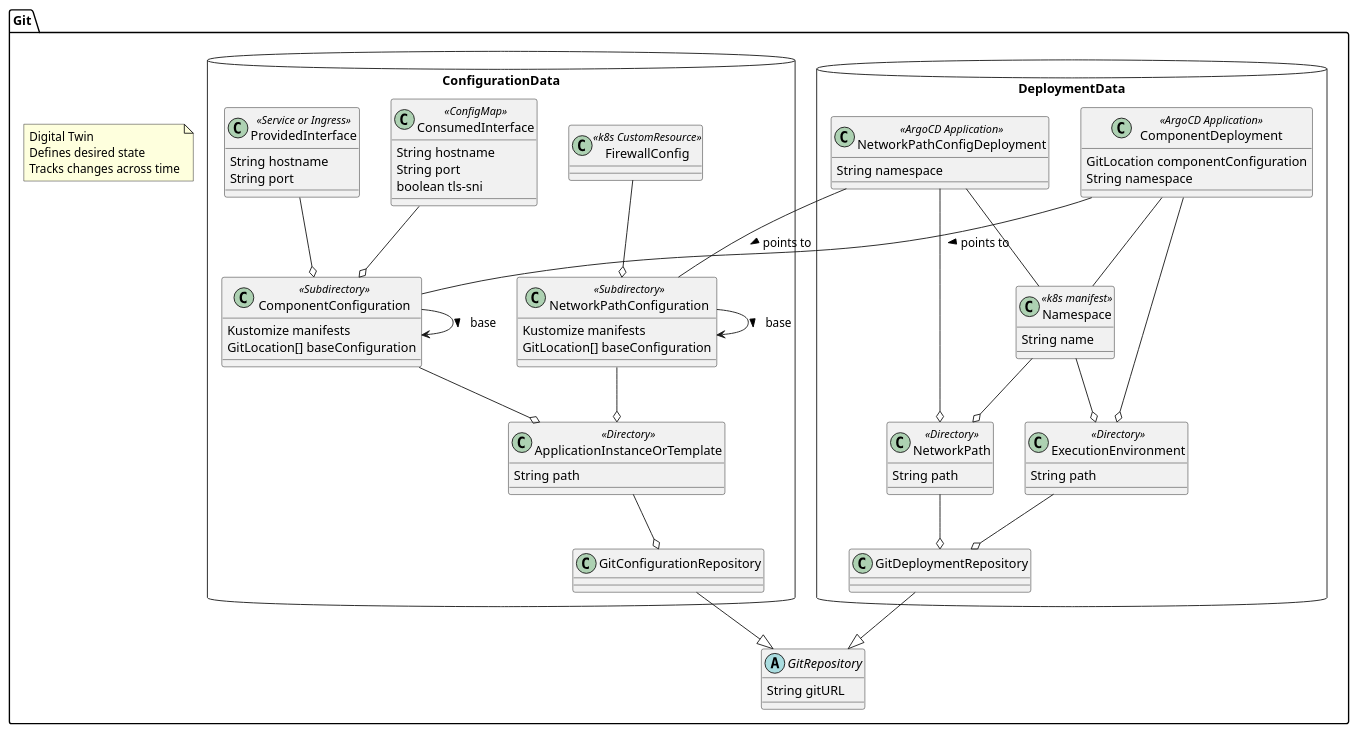
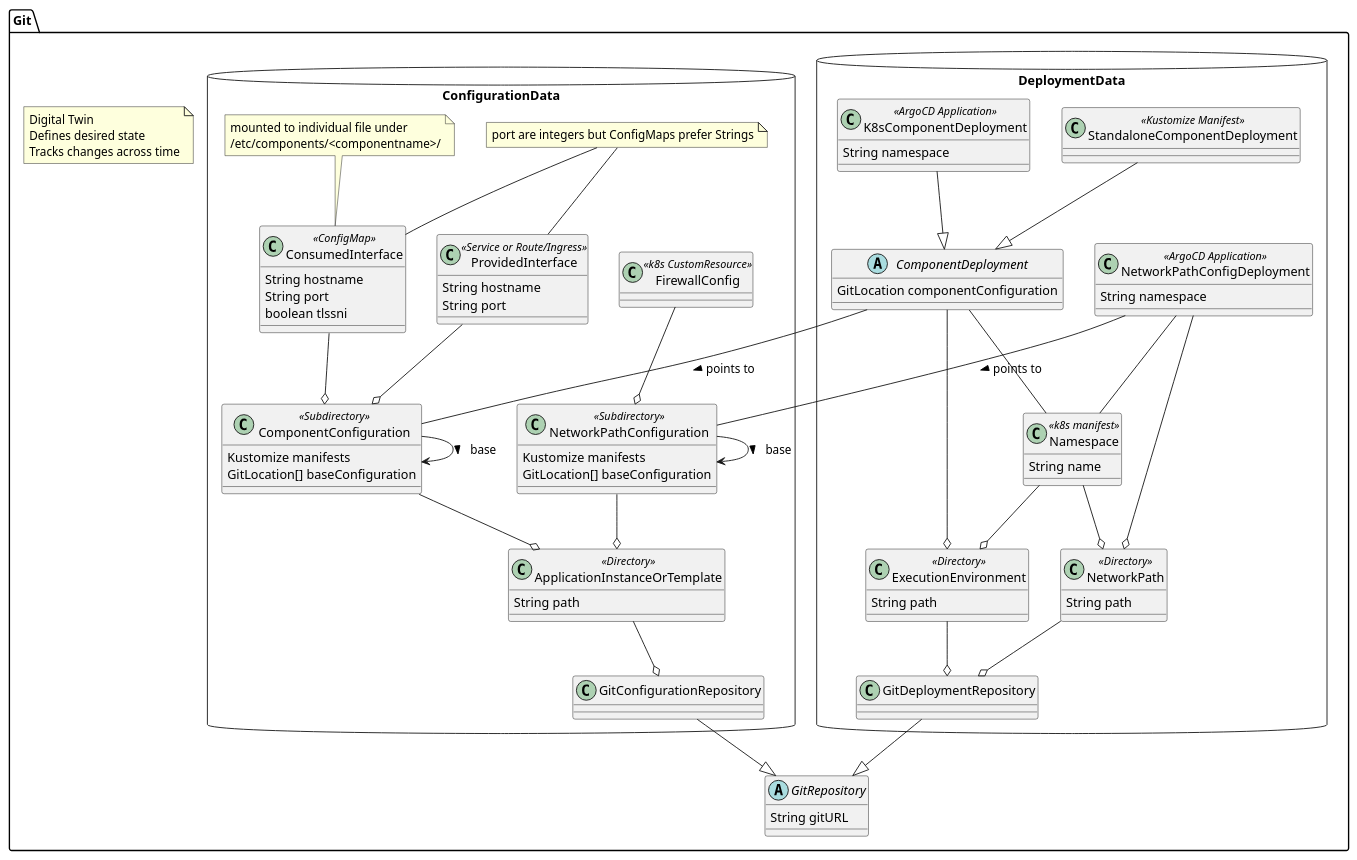
The diagram in docs/architecture/metamodel.git.plantuml (sa-mw-dach/manuela), drawn with PlantUML before and after one commit.

Commit message:
tweaking configdata details

```diff
--- a/docs/architecture/metamodel.git.plantuml
+++ b/docs/architecture/metamodel.git.plantuml
@@ -1,90 +1,102 @@
 @startuml
 namespace Git {
     note "Digital Twin\nDefines desired state\nTracks changes across time" as notedigitaltwin
     'Git.ConfigurationData .up. notedigitaltwin
     'Git.DeploymentData .left. notedigitaltwin
 
     abstract class GitRepository
     GitRepository : String gitURL
 
     namespace DeploymentData <<Database>> {
-        class ComponentDeployment <<ArgoCD Application>>
+        class K8sComponentDeployment <<ArgoCD Application>>
+        K8sComponentDeployment : String namespace
+
+        class StandaloneComponentDeployment <<Kustomize Manifest>>
+
+        abstract class ComponentDeployment
         ComponentDeployment : GitLocation componentConfiguration
-        ComponentDeployment : String namespace
 
         class NetworkPathConfigDeployment <<ArgoCD Application>>
         NetworkPathConfigDeployment : String namespace
 
         class Namespace <<k8s manifest>>
         Namespace : String name
 
         class ExecutionEnvironment <<Directory>>
         ExecutionEnvironment : String path
 
         class NetworkPath <<Directory>>
         NetworkPath : String path
 
         class GitDeploymentRepository
+
+        K8sComponentDeployment --|> ComponentDeployment
+        StandaloneComponentDeployment --|> ComponentDeployment
 
         ComponentDeployment --o ExecutionEnvironment 
         ExecutionEnvironment --o GitDeploymentRepository 
 
         NetworkPathConfigDeployment --o NetworkPath
         NetworkPath --o GitDeploymentRepository
 
         NetworkPathConfigDeployment -- Namespace
         ComponentDeployment -- Namespace
 
         "Namespace" --o ExecutionEnvironment
         "Namespace" --o NetworkPath
     } 
 
     namespace ConfigurationData <<Database>> {
         class ComponentConfiguration <<Subdirectory>>
         ComponentConfiguration : Kustomize manifests
         ComponentConfiguration : GitLocation[] baseConfiguration
         ComponentConfiguration --> ComponentConfiguration : base >
 
-        class ProvidedInterface <<Service or Ingress>>
+        class ProvidedInterface <<Service or Route/Ingress>>
         ProvidedInterface : String hostname
         ProvidedInterface : String port
 
         class ConsumedInterface <<ConfigMap>>
         ConsumedInterface : String hostname
         ConsumedInterface : String port
-        ConsumedInterface : boolean tls-sni
+        ConsumedInterface : boolean tlssni
+
+        note top of ConsumedInterface: mounted to individual file under\n/etc/components/<componentname>/
+        note "port are integers but ConfigMaps prefer Strings" as noteintasstring
+        noteintasstring -- ConsumedInterface 
+        noteintasstring -- ProvidedInterface
 
         class NetworkPathConfiguration <<Subdirectory>>
         NetworkPathConfiguration : Kustomize manifests
         NetworkPathConfiguration : GitLocation[] baseConfiguration
         NetworkPathConfiguration --> NetworkPathConfiguration : base >
 
         class FirewallConfig <<k8s CustomResource>>
 
         class ApplicationInstanceOrTemplate <<Directory>>
         ApplicationInstanceOrTemplate : String path
 
         class GitConfigurationRepository
 
         ComponentConfiguration --o ApplicationInstanceOrTemplate 
         NetworkPathConfiguration --o ApplicationInstanceOrTemplate 
         FirewallConfig --o NetworkPathConfiguration
         
         ProvidedInterface --o ComponentConfiguration
         ConsumedInterface --o ComponentConfiguration
 
         ApplicationInstanceOrTemplate --o GitConfigurationRepository
 
 '        note "these are deployment specific -\nshouldn't they be deployment data?" as notedeploymentspecific
 '        notedeploymentspecific -- ConsumedInterface
 '        notedeploymentspecific -- ProvidedInterface
 
     }
 
     Git.DeploymentData.GitDeploymentRepository --|> GitRepository 
     Git.ConfigurationData.GitConfigurationRepository --|> GitRepository
     Git.DeploymentData.ComponentDeployment -- Git.ConfigurationData.ComponentConfiguration : points to >
     Git.DeploymentData.NetworkPathConfigDeployment -- Git.ConfigurationData.NetworkPathConfiguration : points to >
 
 }
 @enduml
```
